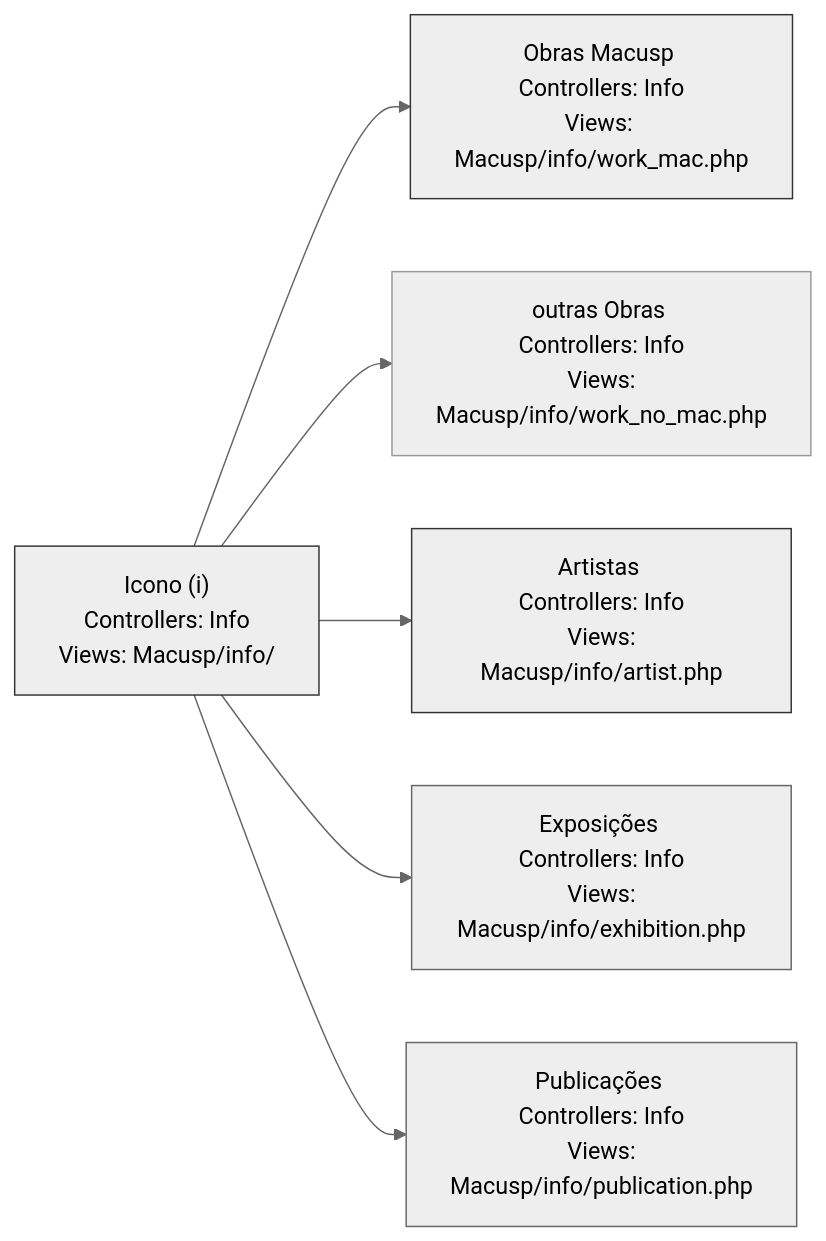
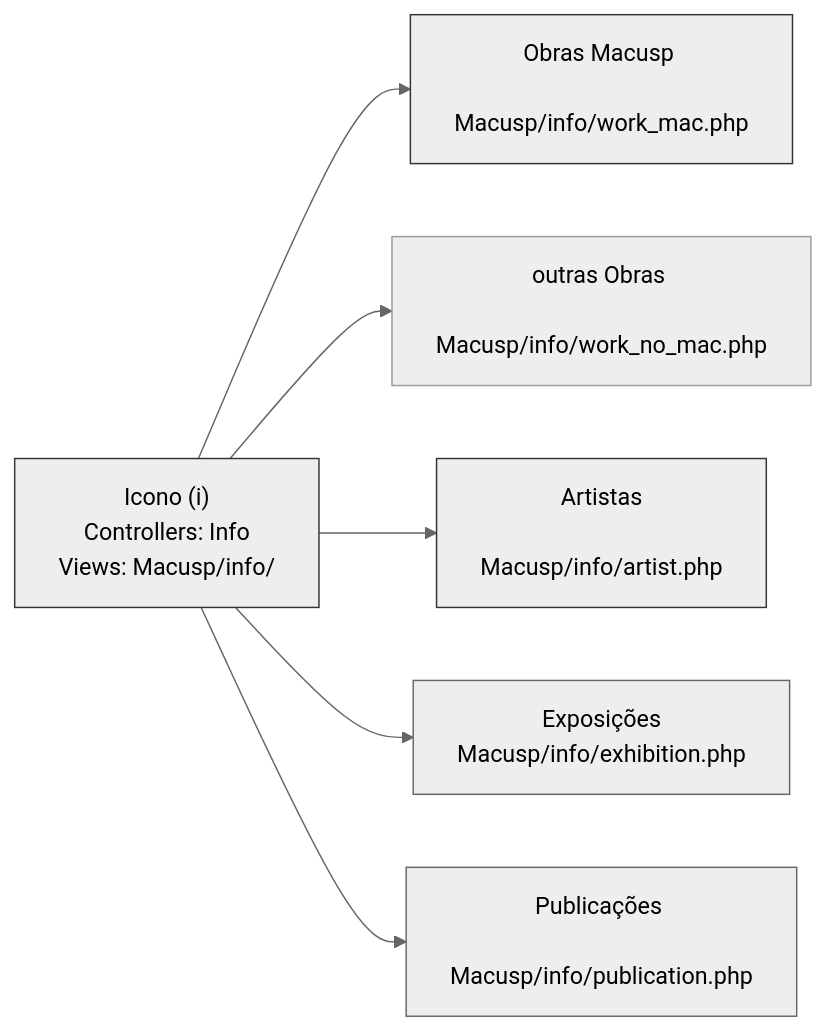
Before and after one commit to reynaldocv/macusp: the second of 2 diagrams in README.md, drawn with Mermaid (neutral theme).

````diff
--- a/README.md
+++ b/README.md
@@ -293,26 +293,26 @@
 ```mermaid
 graph LR
     %% Parte superior e inferior del primer puesto
     iconoI[" Icono (i)   <br> Controllers: Info <br> Views:  Macusp/info/"]
-    obras[" Obras Macusp <br> Controllers: Info <br> Views:  Macusp/info/work_mac.php"]
-    obrasN[" outras Obras <br> Controllers: Info <br> Views: Macusp/info/work_no_mac.php"]
-    artistas[" Artistas <br> Controllers: Info <br> Views: Macusp/info/artist.php"]
-    exposicoes[" Exposições <br> Controllers: Info <br> Views: Macusp/info/exhibition.php"]
-    publicacoes[" Publicações <br> Controllers: Info <br> Views: Macusp/info/publication.php"]
+    obras[" Obras Macusp <br> Macusp/info/work_mac.php"]
+    obrasN[" outras Obras <br> Macusp/info/work_no_mac.php"]
+    artistas[" Artistas <br> <br>Macusp/info/artist.php"]
+    exposicoes[" Exposições <br> Macusp/info/exhibition.php"]
+    publicacoes[" Publicações <br> Macusp/info/publication.php"]
     
     %% Conexión del organigrama (une la parte inferior de uno con la superior del otro)
     iconoI --> obras
     iconoI --> obrasN
     iconoI --> artistas
     iconoI --> exposicoes
     iconoI --> publicacoes
     
 
     %% Estilos para que parezcan una sola pieza
     style iconoI fill:#eee,stroke:#333
     style obras fill:#eee,stroke:#333
     style artistas fill:#eee,stroke:#333
     style exposicoes fill:#eee,stroke:#666
     style publicacoes fill:#eee,stroke:#666
 
 ```
````
